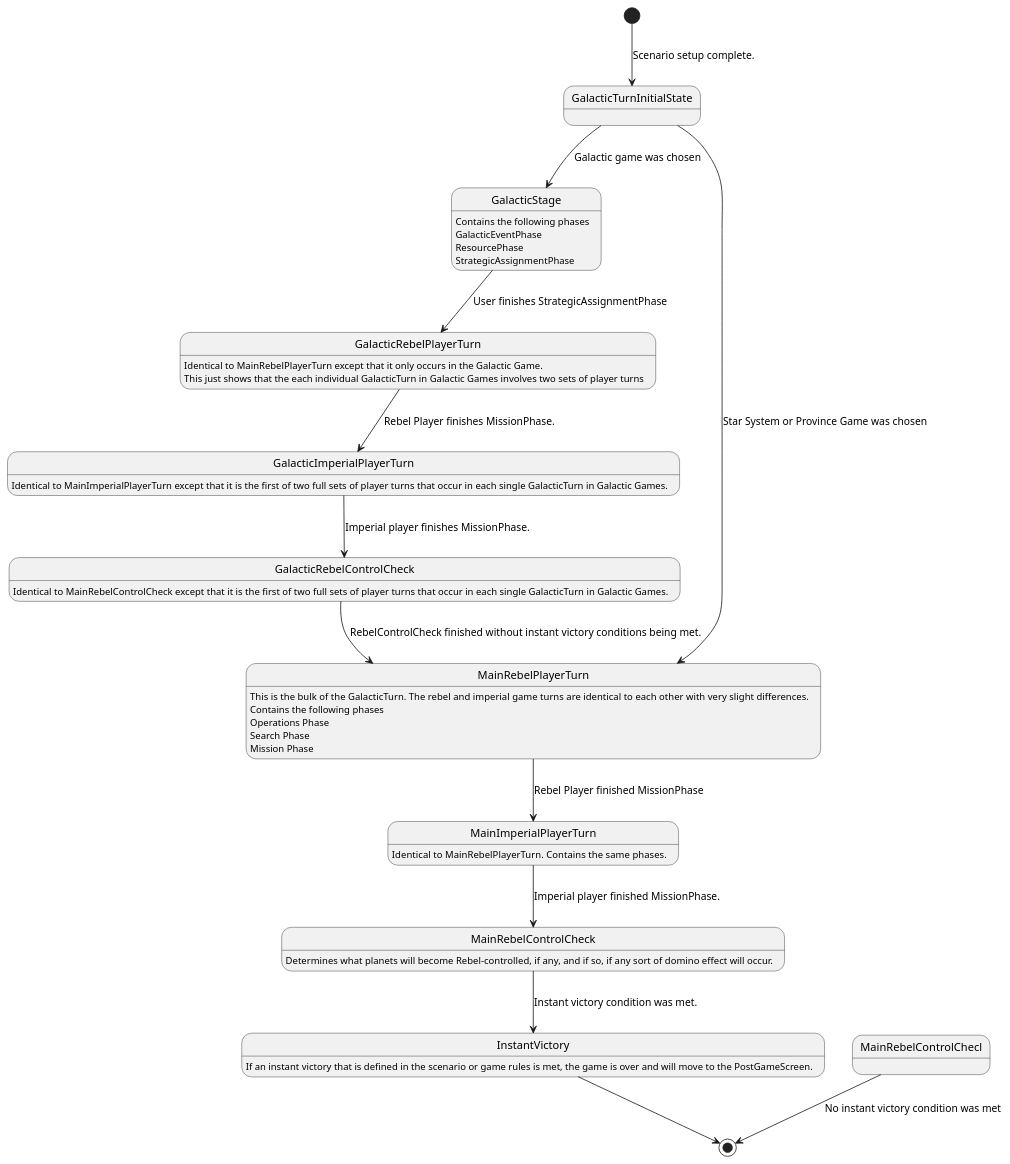
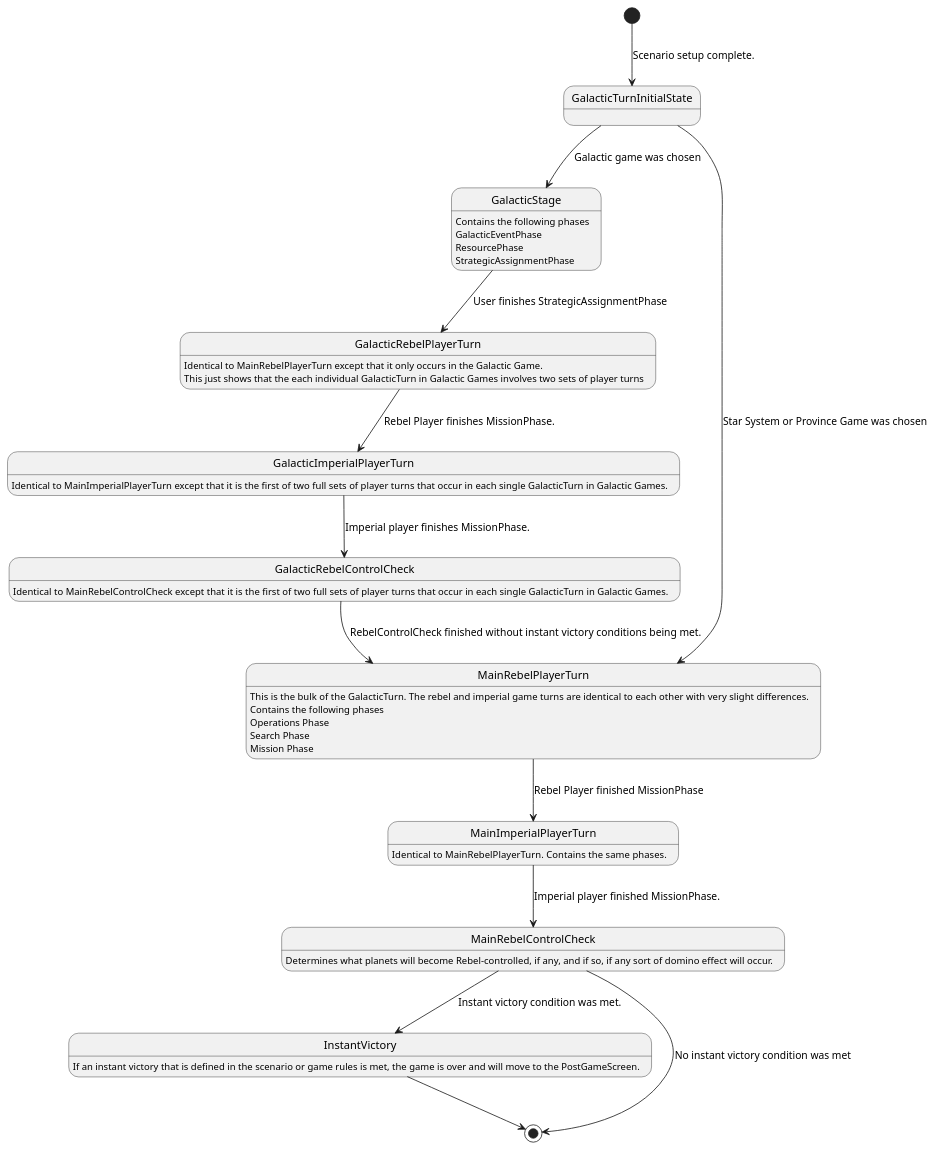
One commit to ui-cs383/Activity-Diagrams changed the diagram in development/GalacticTurn.plantuml. Above: the diagram before and after it, drawn with PlantUML.

Commit message:
GalacticTurn: Fixed typo

```diff
--- a/development/GalacticTurn.plantuml
+++ b/development/GalacticTurn.plantuml
@@ -8,46 +8,46 @@
 @startuml
 [*] --> GalacticTurnInitialState : Scenario setup complete.
 GalacticTurnInitialState --> GalacticStage : Galactic game was chosen
 GalacticTurnInitialState --> MainRebelPlayerTurn : Star System or Province Game was chosen
 
 MainRebelPlayerTurn : This is the bulk of the GalacticTurn.  The rebel and imperial game turns are identical to each other with very slight differences.
 MainRebelPlayerTurn : Contains the following phases
 MainRebelPlayerTurn : Operations Phase
 MainRebelPlayerTurn : Search Phase
 MainRebelPlayerTurn : Mission Phase
 
 MainRebelPlayerTurn --> MainImperialPlayerTurn : Rebel Player finished MissionPhase
 MainImperialPlayerTurn : Identical to MainRebelPlayerTurn.  Contains the same phases.
 MainImperialPlayerTurn --> MainRebelControlCheck : Imperial player finished MissionPhase.
 
 MainRebelControlCheck : Determines what planets will become Rebel-controlled, if any, and if so, if any sort of domino effect will occur.
 MainRebelControlCheck --> InstantVictory : Instant victory condition was met.
-MainRebelControlChecl --> [*] : No instant victory condition was met
+MainRebelControlCheck --> [*] : No instant victory condition was met
 
 InstantVictory : If an instant victory that is defined in the scenario or game rules is met, the game is over and will move to the PostGameScreen.
 InstantVictory --> [*]
 
 
 GalacticStage : Contains the following phases
 GalacticStage : GalacticEventPhase
 GalacticStage : ResourcePhase
 GalacticStage : StrategicAssignmentPhase
 
 GalacticStage --> GalacticRebelPlayerTurn : User finishes StrategicAssignmentPhase
 
 GalacticRebelPlayerTurn : Identical to MainRebelPlayerTurn except that it only occurs in the Galactic Game.
 GalacticRebelPlayerTurn : This just shows that the each individual GalacticTurn in Galactic Games involves two sets of player turns
 
 GalacticRebelPlayerTurn --> GalacticImperialPlayerTurn : Rebel Player finishes MissionPhase.
 
 GalacticImperialPlayerTurn : Identical to MainImperialPlayerTurn except that it is the first of two full sets of player turns that occur in each single GalacticTurn in Galactic Games.
 GalacticImperialPlayerTurn --> GalacticRebelControlCheck : Imperial player finishes MissionPhase.
 
 GalacticRebelControlCheck : Identical to MainRebelControlCheck except that it is the first of two full sets of player turns that occur in each single GalacticTurn in Galactic Games.
 ' Could there be an instant victory here to to the domino effect?
 
 GalacticRebelControlCheck --> MainRebelPlayerTurn : RebelControlCheck finished without instant victory conditions being met.
 'GalacticRebelControlCheck --> InstantVictory : Instant victory condition was met.
 
 
 @enduml
```
